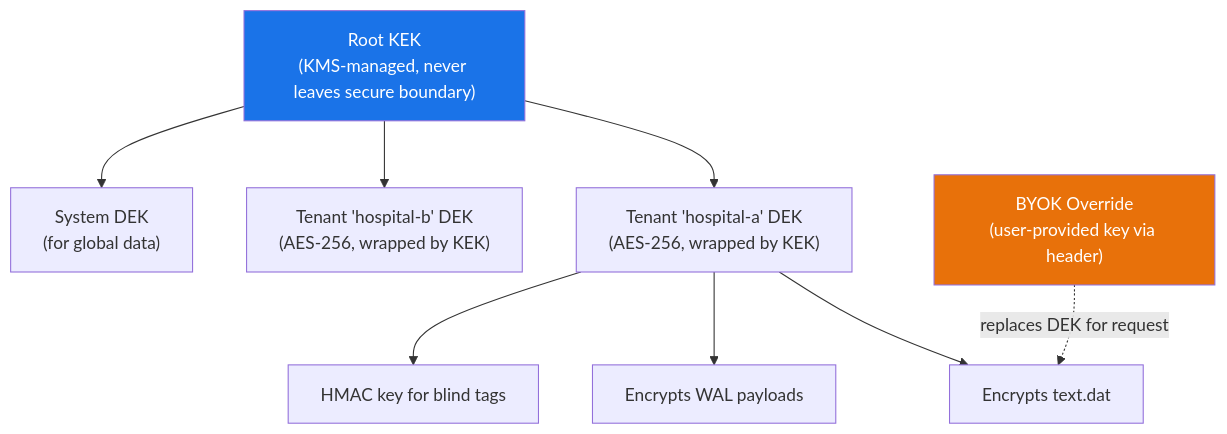
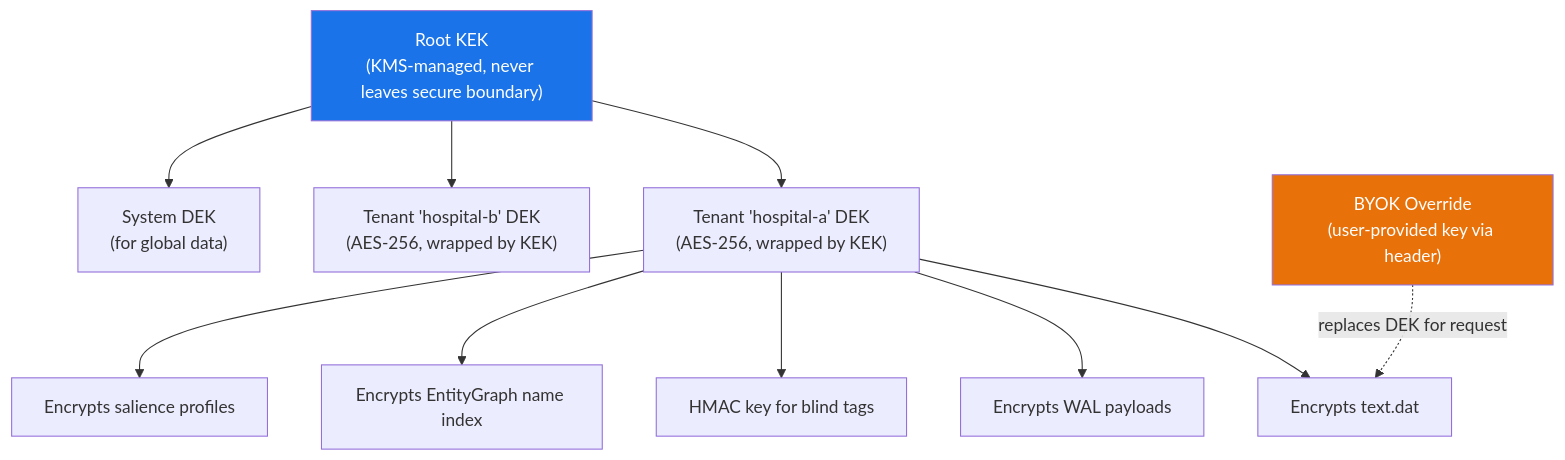
One commit to spectrayan/spector changed the second of 4 diagrams in docs/docs/architecture/encryption-at-rest.md. Above: the diagram before and after it, drawn with Mermaid. The commit also changed other lines of this file and 120 other files, not shown here.

````diff
--- a/docs/docs/architecture/encryption-at-rest.md
+++ b/docs/docs/architecture/encryption-at-rest.md
@@ -134,18 +136,20 @@
 ```mermaid
 graph TD
-    KEK["Root KEK<br/>(KMS-managed, never leaves secure boundary)"]
+    KEK["Root KEK\n(KMS-managed, never leaves secure boundary)"]
 
-    KEK --> DEK_A["Tenant 'hospital-a' DEK<br/>(AES-256, wrapped by KEK)"]
-    KEK --> DEK_B["Tenant 'hospital-b' DEK<br/>(AES-256, wrapped by KEK)"]
-    KEK --> DEK_SYS["System DEK<br/>(for global data)"]
+    KEK --> DEK_A["Tenant 'hospital-a' DEK\n(AES-256, wrapped by KEK)"]
+    KEK --> DEK_B["Tenant 'hospital-b' DEK\n(AES-256, wrapped by KEK)"]
+    KEK --> DEK_SYS["System DEK\n(for global data)"]
 
     DEK_A --> TEXT_A["Encrypts text.dat"]
     DEK_A --> WAL_A["Encrypts WAL payloads"]
     DEK_A --> HMAC_A["HMAC key for blind tags"]
+    DEK_A --> ENTITY_A["Encrypts EntityGraph name index"]
+    DEK_A --> SAL_A["Encrypts salience profiles"]
 
-    BYOK["BYOK Override<br/>(user-provided key via header)"]
+    BYOK["BYOK Override\n(user-provided key via header)"]
     BYOK -.->|replaces DEK for request| TEXT_A
 
     style KEK fill:#1a73e8,color:white
     style BYOK fill:#e8710a,color:white
 ```
````
